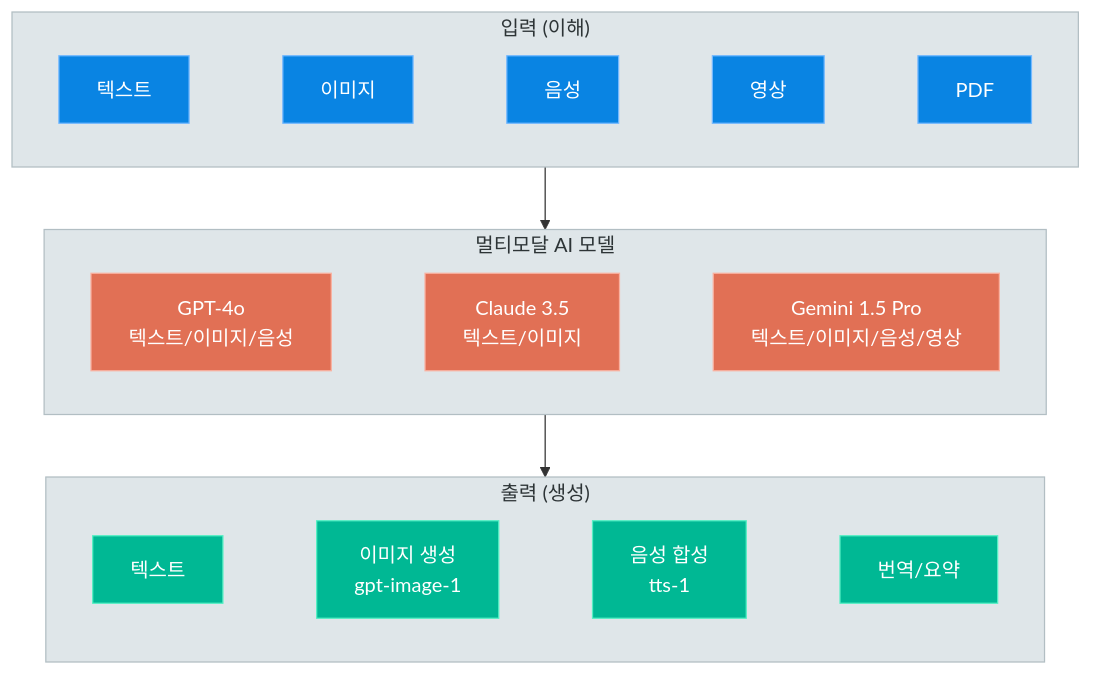
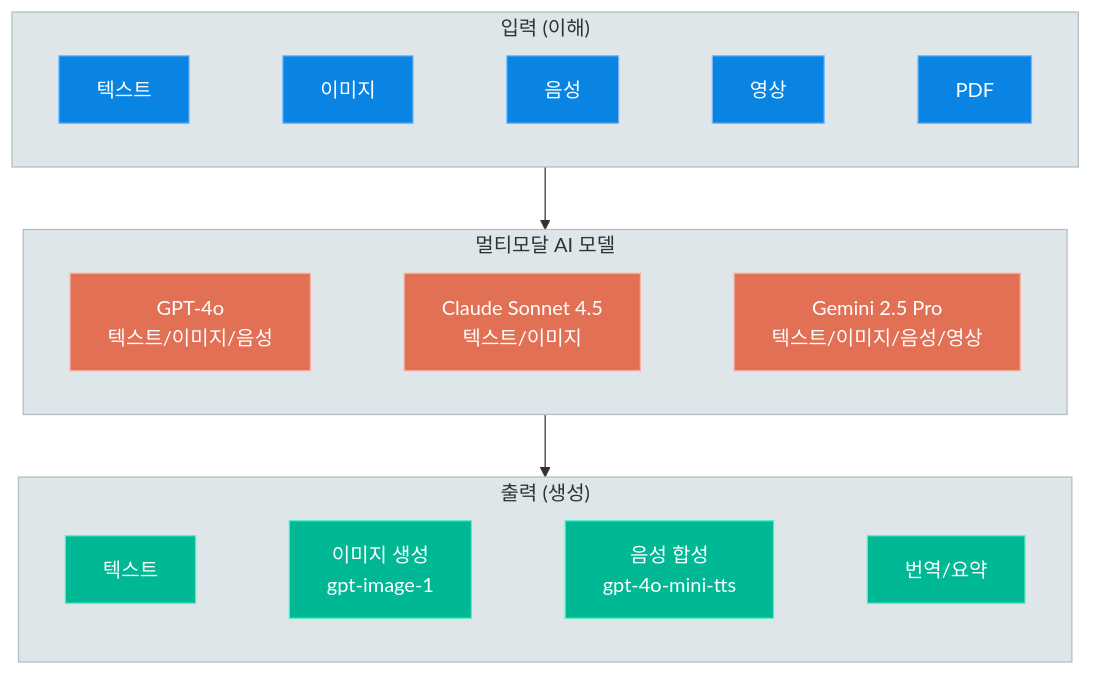
Before and after one commit to lovehyun/tutorial-genai: the first of 4 diagrams in 0.docs/05_genai_advanced/08_multimodal_ai.md, drawn with Mermaid. The commit also changed other lines of this file and 20 other files, not shown here.

````diff
--- a/0.docs/05_genai_advanced/08_multimodal_ai.md
+++ b/0.docs/05_genai_advanced/08_multimodal_ai.md
@@ -39,35 +39,35 @@
 ```mermaid
 flowchart TB
     subgraph Inputs["입력 (이해)"]
         direction LR
         I_TEXT["텍스트"] ~~~ I_IMAGE["이미지"] ~~~ I_AUDIO["음성"] ~~~ I_VIDEO["영상"] ~~~ I_DOC["PDF"]
     end
 
     subgraph Models["멀티모달 AI 모델"]
         direction LR
-        GPT4O["GPT-4o<br/>텍스트/이미지/음성"] ~~~ CLAUDE["Claude 3.5<br/>텍스트/이미지"] ~~~ GEMINI["Gemini 1.5 Pro<br/>텍스트/이미지/음성/영상"]
+        GPT4O["GPT-4o<br/>텍스트/이미지/음성"] ~~~ CLAUDE["Claude Sonnet 4.5<br/>텍스트/이미지"] ~~~ GEMINI["Gemini 2.5 Pro<br/>텍스트/이미지/음성/영상"]
     end
 
     subgraph Outputs["출력 (생성)"]
         direction LR
-        O_TEXT["텍스트"] ~~~ O_IMAGE["이미지 생성<br/>gpt-image-1"] ~~~ O_AUDIO["음성 합성<br/>tts-1"] ~~~ O_TRANS["번역/요약"]
+        O_TEXT["텍스트"] ~~~ O_IMAGE["이미지 생성<br/>gpt-image-1"] ~~~ O_AUDIO["음성 합성<br/>gpt-4o-mini-tts"] ~~~ O_TRANS["번역/요약"]
     end
 
     Inputs --> Models --> Outputs
 
     style I_TEXT fill:#0984e3,stroke:#74b9ff,color:#fff
     style I_IMAGE fill:#0984e3,stroke:#74b9ff,color:#fff
     style I_AUDIO fill:#0984e3,stroke:#74b9ff,color:#fff
     style I_VIDEO fill:#0984e3,stroke:#74b9ff,color:#fff
     style I_DOC fill:#0984e3,stroke:#74b9ff,color:#fff
     style GPT4O fill:#e17055,stroke:#fab1a0,color:#fff
     style CLAUDE fill:#e17055,stroke:#fab1a0,color:#fff
     style GEMINI fill:#e17055,stroke:#fab1a0,color:#fff
     style O_TEXT fill:#00b894,stroke:#55efc4,color:#fff
     style O_IMAGE fill:#00b894,stroke:#55efc4,color:#fff
     style O_AUDIO fill:#00b894,stroke:#55efc4,color:#fff
     style O_TRANS fill:#00b894,stroke:#55efc4,color:#fff
     style Inputs fill:#dfe6e9,stroke:#b2bec3,color:#2d3436
     style Models fill:#dfe6e9,stroke:#b2bec3,color:#2d3436
     style Outputs fill:#dfe6e9,stroke:#b2bec3,color:#2d3436
 ```
````
